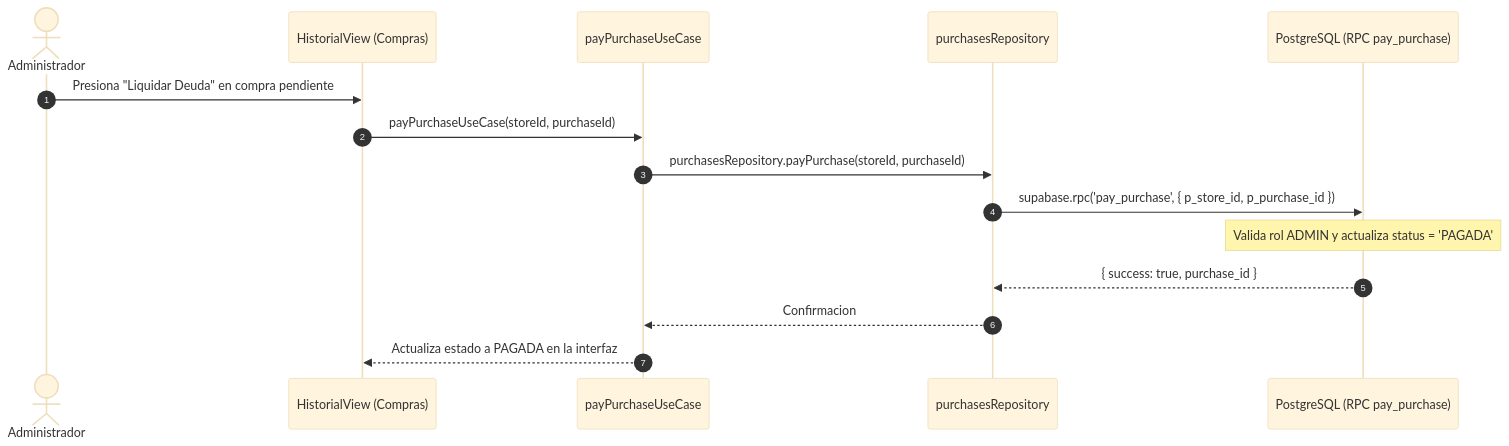
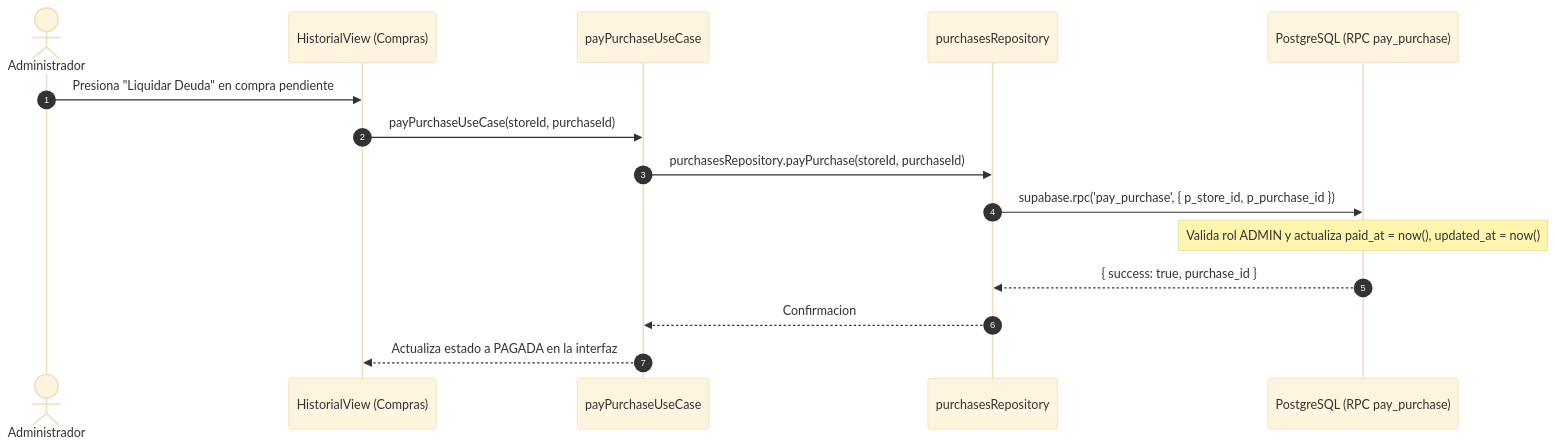
Before and after one commit to emircruzm/Rentabill: the third of 9 diagrams in docs/documentacion/06-flujos.md, drawn with Mermaid (base theme). The commit also changed other lines of this file and 24 other files, not shown here.

````diff
--- a/docs/documentacion/06-flujos.md
+++ b/docs/documentacion/06-flujos.md
@@ -63,18 +63,18 @@
 ```mermaid
 sequenceDiagram
     autonumber
     actor Admin as Administrador
     participant Historial as HistorialView (Compras)
     participant UC as payPurchaseUseCase
     participant Repo as purchasesRepository
     participant DB as PostgreSQL (RPC pay_purchase)
 
     Admin->>Historial: Presiona "Liquidar Deuda" en compra pendiente
     Historial->>UC: payPurchaseUseCase(storeId, purchaseId)
     UC->>Repo: purchasesRepository.payPurchase(storeId, purchaseId)
     Repo->>DB: supabase.rpc('pay_purchase', { p_store_id, p_purchase_id })
-    Note over DB: Valida rol ADMIN y actualiza status = 'PAGADA'
+    Note over DB: Valida rol ADMIN y actualiza paid_at = now(), updated_at = now()
     DB-->>Repo: { success: true, purchase_id }
     Repo-->>UC: Confirmacion
     UC-->>Historial: Actualiza estado a PAGADA en la interfaz
 ```
````
